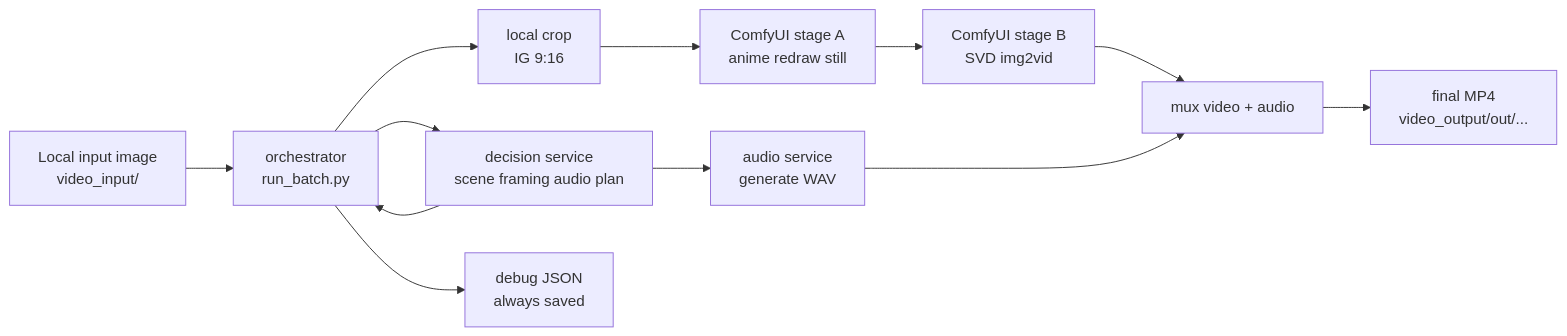
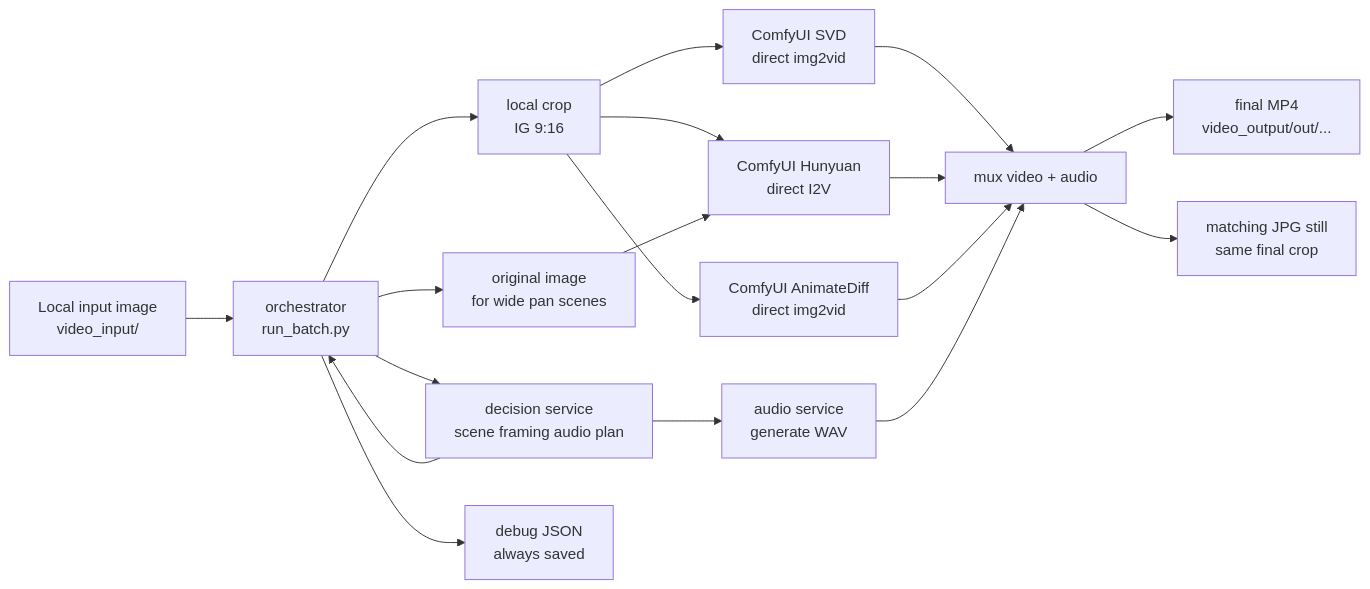
One commit to lemaxw/image2videoAWSIG changed the diagram in README.md. Above: the diagram before and after it, drawn with Mermaid. The commit also changed other lines of this file and 17 other files, not shown here.

````diff
--- a/README.md
+++ b/README.md
@@ -36,14 +37,20 @@
 ```mermaid
 flowchart LR
     A[Local input image<br/>video_input/] --> B[orchestrator<br/>run_batch.py]
     B --> C[decision service<br/>scene framing audio plan]
     B --> D[local crop<br/>IG 9:16]
+    B --> O[original image<br/>for wide pan scenes]
     C --> B
-    D --> E[ComfyUI stage A<br/>anime redraw still]
-    E --> F[ComfyUI stage B<br/>SVD img2vid]
+    D --> K[ComfyUI Hunyuan<br/>direct I2V]
+    O --> K
+    D --> F[ComfyUI SVD<br/>direct img2vid]
+    D --> L[ComfyUI AnimateDiff<br/>direct img2vid]
     C --> G[audio service<br/>generate WAV]
     F --> H[mux video + audio]
+    K --> H
+    L --> H
     G --> H
     H --> I[final MP4<br/>video_output/out/...]
+    H --> M[matching JPG still<br/>same final crop]
     B --> J[debug JSON<br/>always saved]
 ```
````
